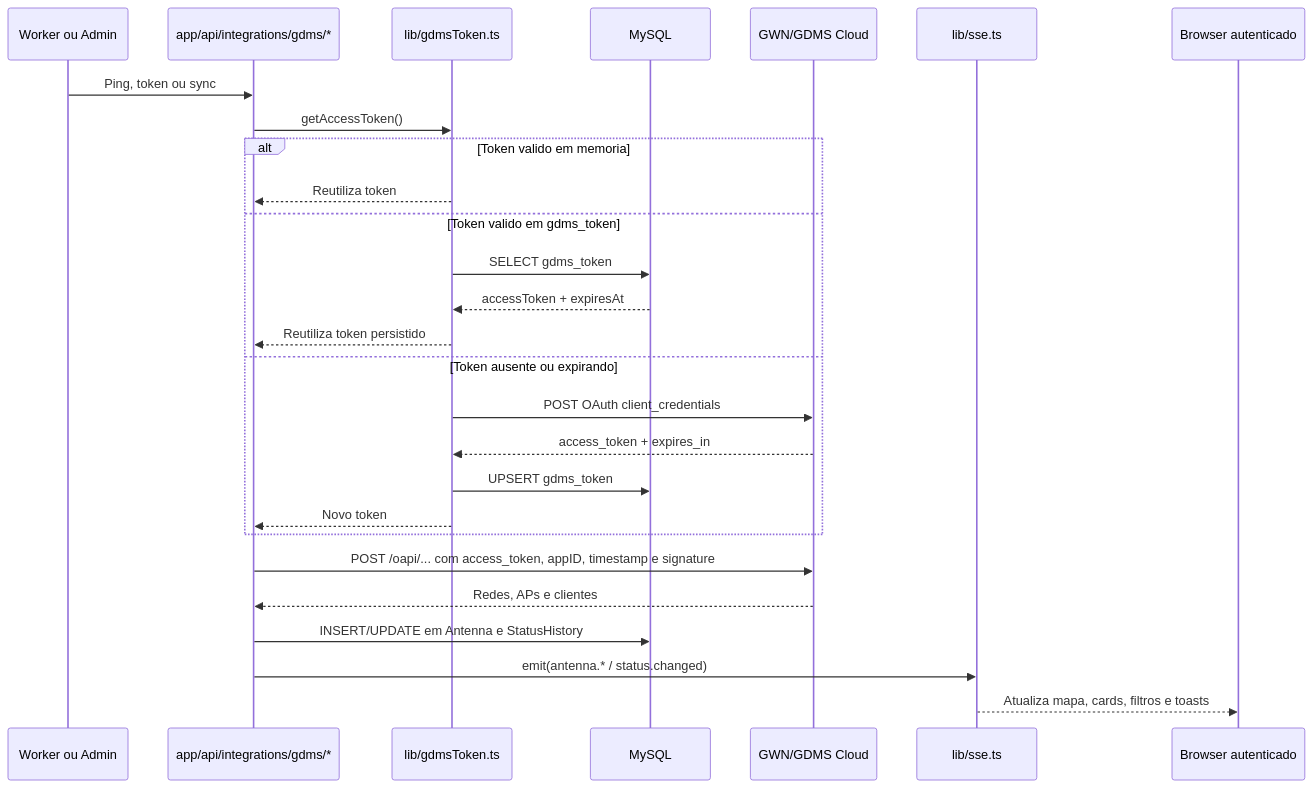
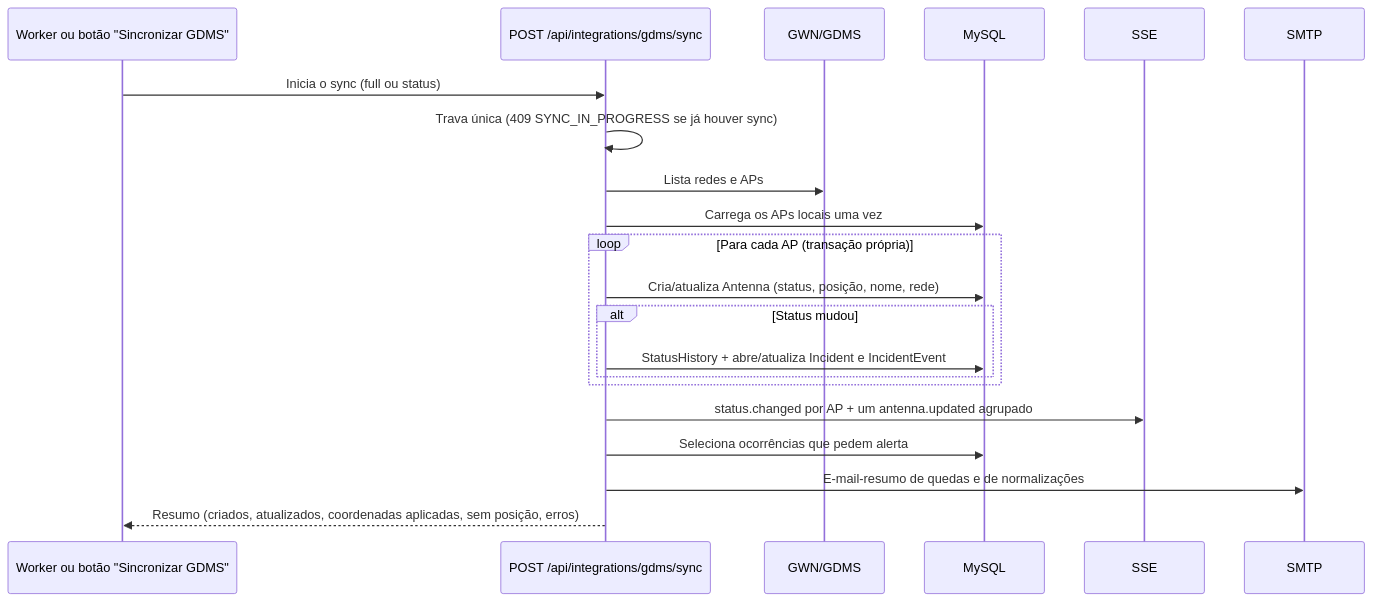
The second of 5 diagrams in README.md (jefersonrocha-py/statsAP), drawn with Mermaid before and after one commit. The commit also changed other lines of this file and 1 other file, not shown here.

First line of the commit message:
docs: README reescrito para a v1.2 e CHANGELOG

````diff
--- a/README.md
+++ b/README.md
@@ -141,30 +167,24 @@
 ```mermaid
 sequenceDiagram
-  participant W as Worker ou Admin
-  participant API as app/api/integrations/gdms/*
-  participant TOK as lib/gdmsToken.ts
+  participant T as Worker ou botão "Sincronizar GDMS"
+  participant S as POST /api/integrations/gdms/sync
+  participant G as GWN/GDMS
   participant DB as MySQL
-  participant GDMS as GWN/GDMS Cloud
-  participant SSE as lib/sse.ts
-  participant UI as Browser autenticado
+  participant E as SSE
+  participant M as SMTP
 
-  W->>API: Ping, token ou sync
-  API->>TOK: getAccessToken()
-  alt Token valido em memoria
-    TOK-->>API: Reutiliza token
-  else Token valido em gdms_token
-    TOK->>DB: SELECT gdms_token
-    DB-->>TOK: accessToken + expiresAt
-    TOK-->>API: Reutiliza token persistido
-  else Token ausente ou expirando
-    TOK->>GDMS: POST OAuth client_credentials
-    GDMS-->>TOK: access_token + expires_in
-    TOK->>DB: UPSERT gdms_token
-    TOK-->>API: Novo token
+  T->>S: Inicia o sync (full ou status)
+  S->>S: Trava única (409 SYNC_IN_PROGRESS se já houver sync)
+  S->>G: Lista redes e APs
+  S->>DB: Carrega os APs locais uma vez
+  loop Para cada AP (transação própria)
+    S->>DB: Cria/atualiza Antenna (status, posição, nome, rede)
+    alt Status mudou
+      S->>DB: StatusHistory + abre/atualiza Incident e IncidentEvent
+    end
   end
-  API->>GDMS: POST /oapi/... com access_token, appID, timestamp e signature
-  GDMS-->>API: Redes, APs e clientes
-  API->>DB: INSERT/UPDATE em Antenna e StatusHistory
-  API->>SSE: emit(antenna.* / status.changed)
-  SSE-->>UI: Atualiza mapa, cards, filtros e toasts
+  S->>E: status.changed por AP + um antenna.updated agrupado
+  S->>DB: Seleciona ocorrências que pedem alerta
+  S->>M: E-mail-resumo de quedas e de normalizações
+  S-->>T: Resumo (criados, atualizados, coordenadas aplicadas, sem posição, erros)
 ```
````
